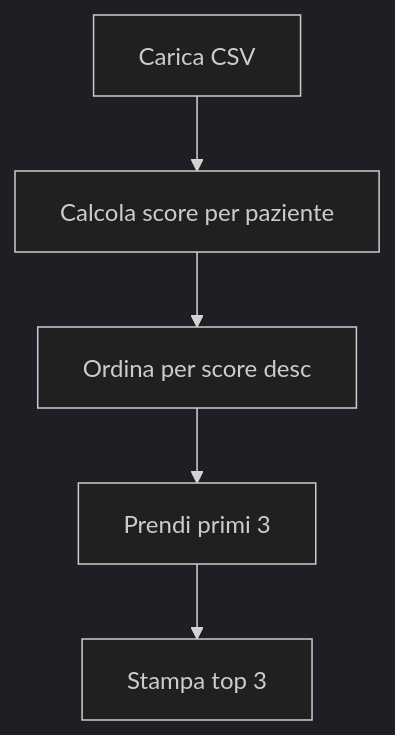
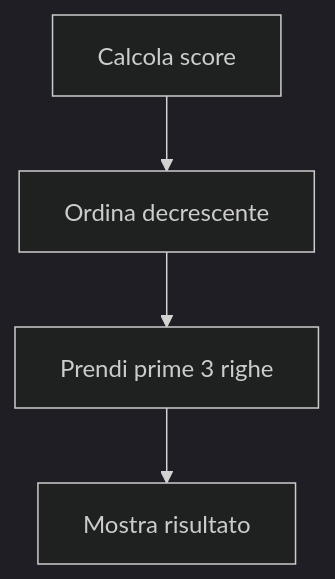
One commit to lucadagati/Lab_Fondamenti_di_Informatica_25_26 changed the fifth of 10 diagrams in 04-python-jupyter-analisi-biomedica/README.md. Above: the diagram before and after it, drawn with Mermaid (dark theme). The commit also changed other lines of this file and 11 other files, not shown here.

````diff
--- a/04-python-jupyter-analisi-biomedica/README.md
+++ b/04-python-jupyter-analisi-biomedica/README.md
@@ -104,7 +97,6 @@
 ```mermaid
 flowchart TD
-    A[Carica CSV] --> B[Calcola score per paziente]
-    B --> C[Ordina per score desc]
-    C --> D[Prendi primi 3]
-    D --> E[Stampa top 3]
+    A[Calcola score] --> B[Ordina decrescente]
+    B --> C[Prendi prime 3 righe]
+    C --> D[Mostra risultato]
 ```
````
